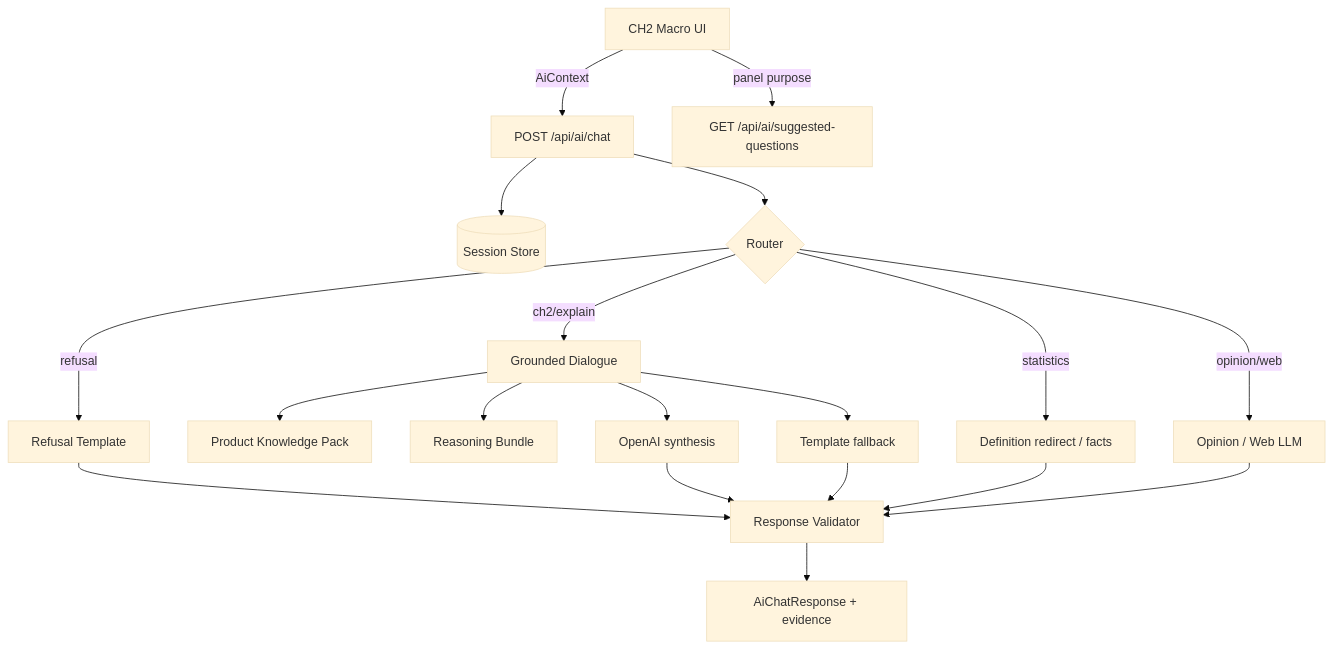
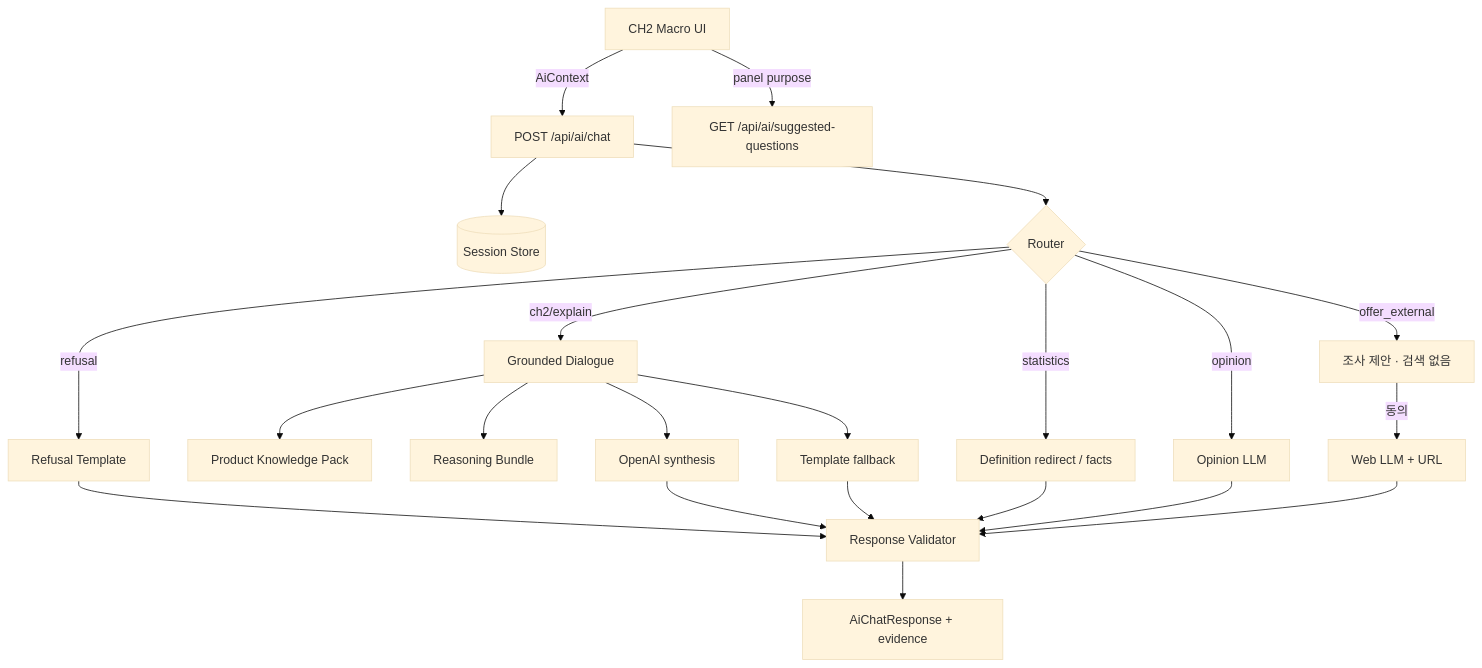
One commit to takyoungj-sketch/ch2_Macro changed the diagram in docs/CH2_AI_ARCHITECTURE.md. Above: the diagram before and after it, drawn with Mermaid (base theme). The commit also changed other lines of this file and 15 other files, not shown here.

````diff
--- a/docs/CH2_AI_ARCHITECTURE.md
+++ b/docs/CH2_AI_ARCHITECTURE.md
@@ -10,21 +11,24 @@
 ```mermaid
 flowchart TB
   UI[CH2 Macro UI] -->|AiContext| Chat["POST /api/ai/chat"]
   UI -->|panel purpose| Suggest["GET /api/ai/suggested-questions"]
   Chat --> Session[(Session Store)]
   Chat --> Classify{Router}
   Classify -->|refusal| Ref[Refusal Template]
   Classify -->|ch2/explain| Synth[Grounded Dialogue]
   Classify -->|statistics| Stat[Definition redirect / facts]
-  Classify -->|opinion/web| Other[Opinion / Web LLM]
+  Classify -->|opinion| Other[Opinion LLM]
+  Classify -->|offer_external| Offer[조사 제안 · 검색 없음]
+  Offer -->|동의| Web[Web LLM + URL]
   Synth --> PK[Product Knowledge Pack]
   Synth --> Bundle[Reasoning Bundle]
   Synth --> LLM[OpenAI synthesis]
   Synth --> Fallback[Template fallback]
   LLM --> Val[Response Validator]
   Stat --> Val
   Ref --> Val
   Other --> Val
+  Web --> Val
   Fallback --> Val
   Val --> Out[AiChatResponse + evidence]
 ```
````
